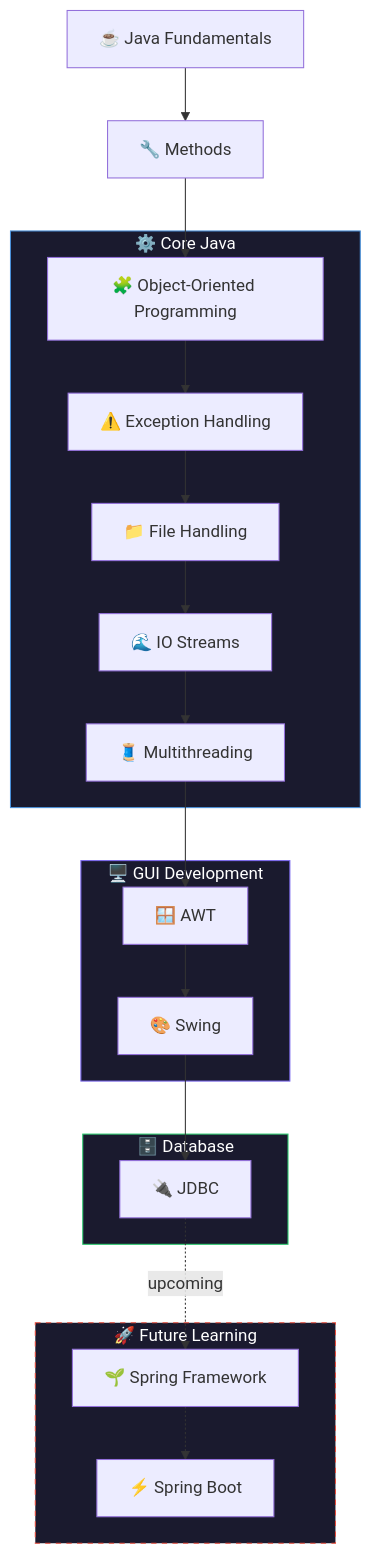
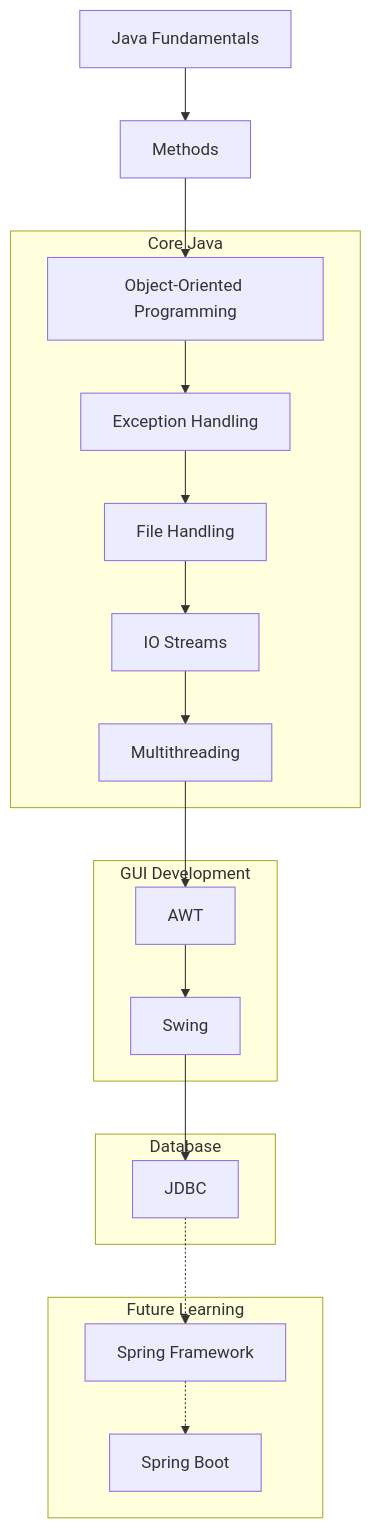
One commit to Saiyam-Kumar/Java-Learning-Journey changed the diagram in README.md. Above: the diagram before and after it, drawn with Mermaid. The commit also changed other lines of this file, not shown here.

````diff
--- a/README.md
+++ b/README.md
@@ -31,35 +11,40 @@
 ```mermaid
 flowchart TD
-    A["☕ Java Fundamentals"]
-    B["🔧 Methods"]
 
-    subgraph core["⚙️ Core Java"]
-        C["🧩 Object-Oriented Programming"]
-        D["⚠️ Exception Handling"]
-        E["📁 File Handling"]
-        F["🌊 IO Streams"]
-        G["🧵 Multithreading"]
+    A["Java Fundamentals"]
+    B["Methods"]
+
+    subgraph Core Java
+        C["Object-Oriented Programming"]
+        D["Exception Handling"]
+        E["File Handling"]
+        F["IO Streams"]
+        G["Multithreading"]
     end
 
-    subgraph gui["🖥️ GUI Development"]
-        H["🪟 AWT"]
-        I["🎨 Swing"]
+    subgraph GUI Development
+        H["AWT"]
+        I["Swing"]
     end
 
-    subgraph db["🗄️ Database"]
-        J["🔌 JDBC"]
+    subgraph Database
+        J["JDBC"]
     end
 
-    subgraph future["🚀 Future Learning"]
-        K["🌱 Spring Framework"]
-        L["⚡ Spring Boot"]
+    subgraph Future Learning
+        K["Spring Framework"]
+        L["Spring Boot"]
     end
 
-    A --> B --> C --> D --> E --> F --> G --> H --> I --> J
-    J -.->|"upcoming"| K -.-> L
-
-    style core fill:#1a1a2e,stroke:#4a90d9,color:#fff
-    style gui fill:#1a1a2e,stroke:#7b68ee,color:#fff
-    style db fill:#1a1a2e,stroke:#2ecc71,color:#fff
-    style future fill:#1a1a2e,stroke:#e74c3c,color:#fff,stroke-dasharray: 5 5
+    A --> B
+    B --> C
+    C --> D
+    D --> E
+    E --> F
+    F --> G
+    G --> H
+    H --> I
+    I --> J
+    J -.-> K
+    K -.-> L
 ```
````
